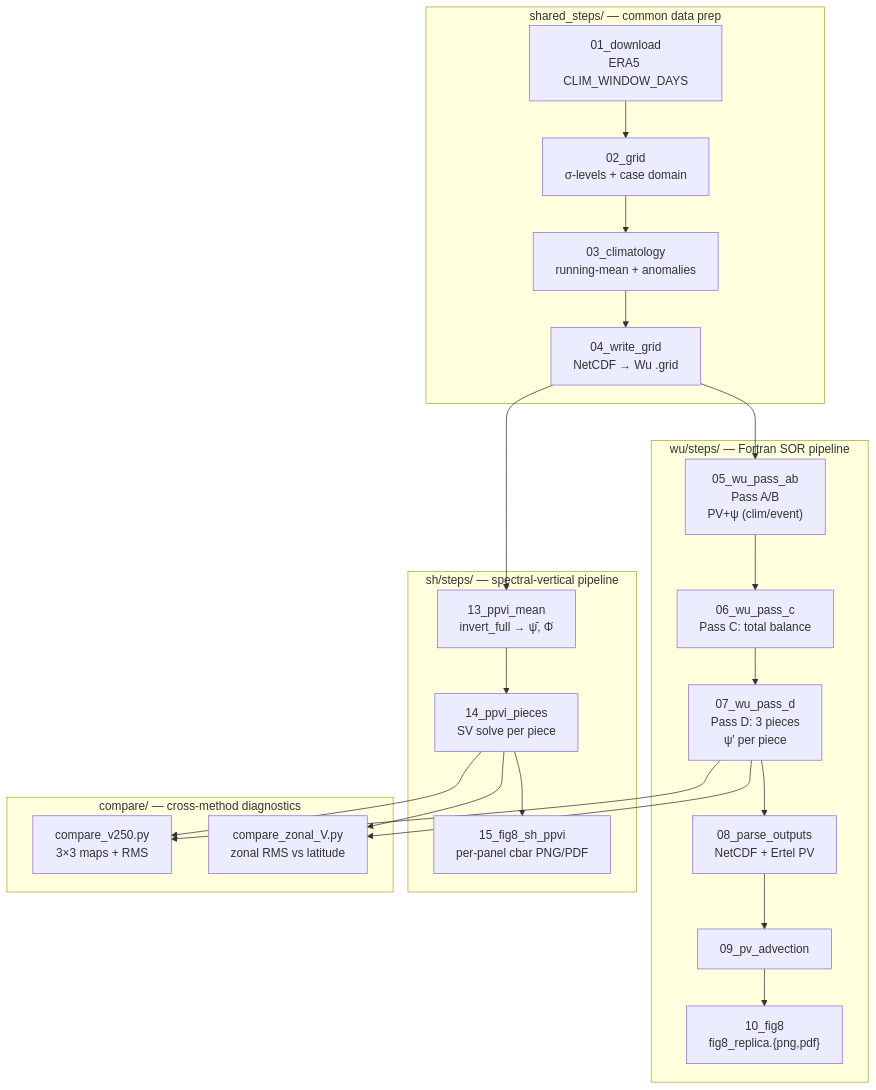
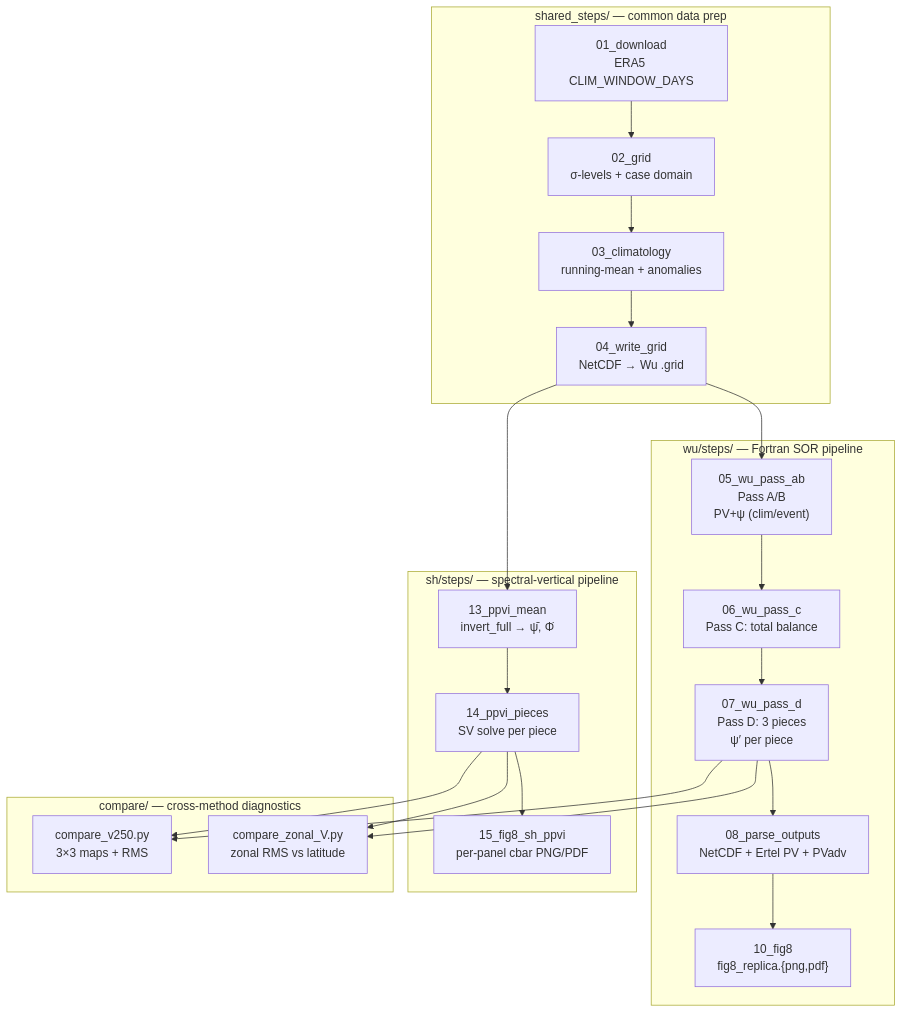
One commit to yanxingjianken/PV_Inversion changed the diagram in README.md. Above: the diagram before and after it, drawn with Mermaid. The commit also changed 46 other files, not shown here.

````diff
--- a/README.md
+++ b/README.md
@@ -61,29 +61,28 @@
 ```mermaid
 graph TD
     subgraph SHARED ["shared_steps/  —  common data prep"]
         S01["01_download<br/>ERA5 CLIM_WINDOW_DAYS"] --> S02["02_grid<br/>σ-levels + case domain"]
         S02 --> S03["03_climatology<br/>running-mean + anomalies"]
         S03 --> S04["04_write_grid<br/>NetCDF → Wu .grid"]
     end
     subgraph WU ["wu/steps/  —  Fortran SOR pipeline"]
         W05["05_wu_pass_ab<br/>Pass A/B<br/>PV+ψ (clim/event)"] --> W06["06_wu_pass_c<br/>Pass C: total balance"]
         W06 --> W07["07_wu_pass_d<br/>Pass D: 3 pieces<br/>ψ′ per piece"]
-        W07 --> W08["08_parse_outputs<br/>NetCDF + Ertel PV"]
-        W08 --> W09["09_pv_advection"]
-        W09 --> W10["10_fig8<br/>fig8_replica.{png,pdf}"]
+        W07 --> W08["08_parse_outputs<br/>NetCDF + Ertel PV + PVadv"]
+        W08 --> W10["10_fig8<br/>fig8_replica.{png,pdf}"]
     end
     subgraph SH ["sh/steps/  —  spectral-vertical pipeline"]
         H13["13_ppvi_mean<br/>invert_full → ψ̄, Φ̄"] --> H14["14_ppvi_pieces<br/>SV solve per piece"]
         H14 --> H15["15_fig8_sh_ppvi<br/>per-panel cbar PNG/PDF"]
     end
     subgraph CMP ["compare/  —  cross-method diagnostics"]
         C1["compare_v250.py<br/>3×3 maps + RMS"]
         C2["compare_zonal_V.py<br/>zonal RMS vs latitude"]
     end
     S04 --> W05
     S04 --> H13
     W07 --> C1
     H14 --> C1
     W07 --> C2
     H14 --> C2
 ```
````
